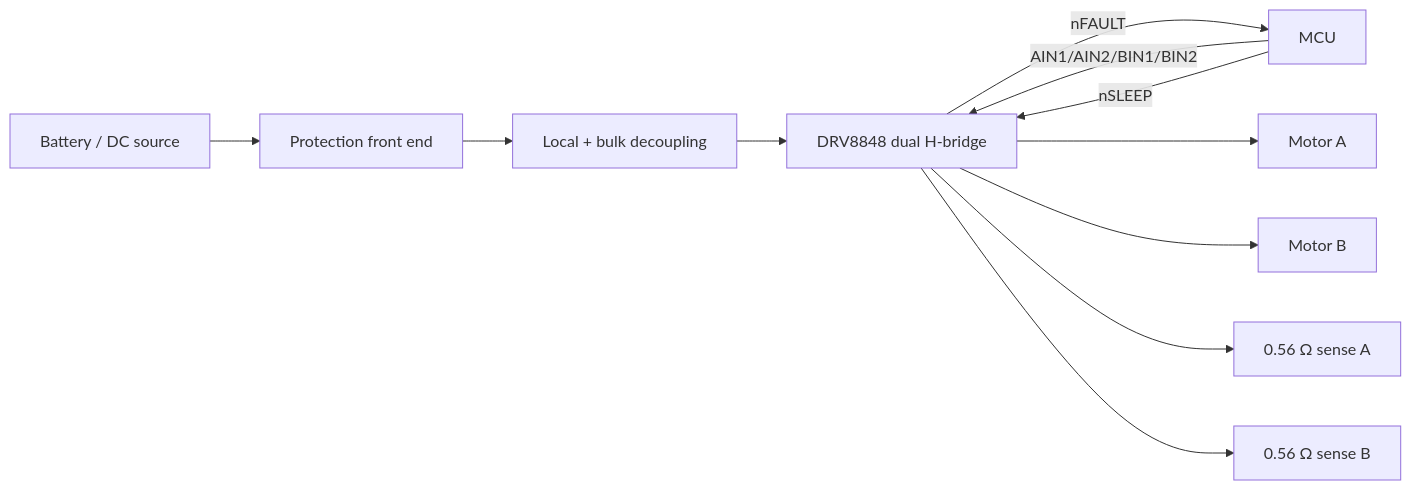
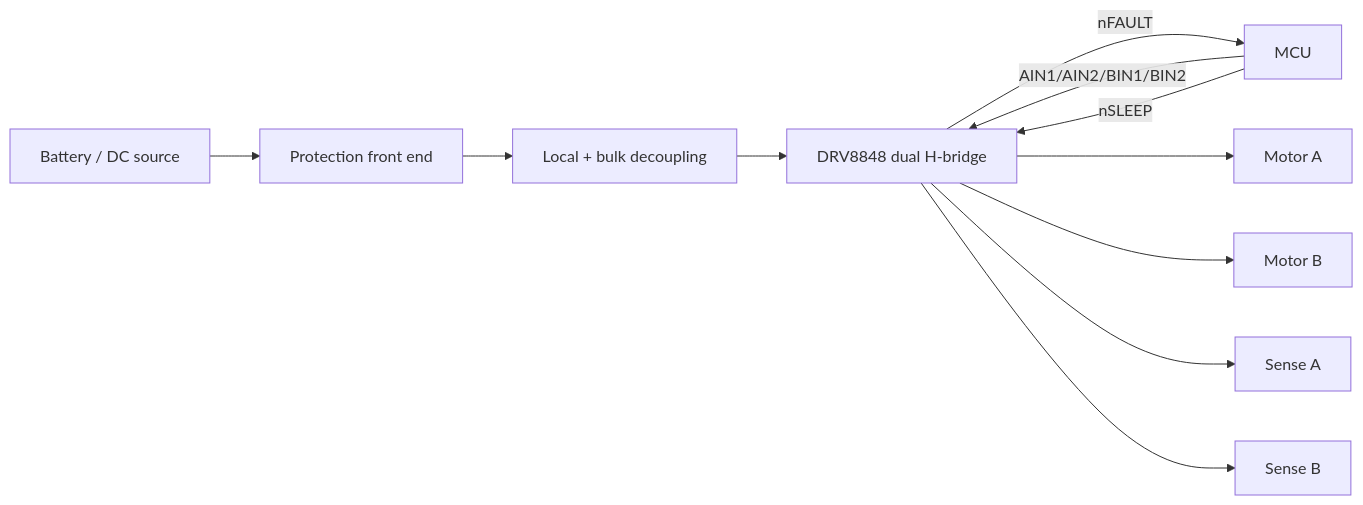
Before and after one commit to VivekVRobo/custom-pcb-motor-driver: the diagram in README.md, drawn with Mermaid. The commit also changed other lines of this file, not shown here.

````diff
--- a/README.md
+++ b/README.md
@@ -61,13 +62,13 @@
 ```mermaid
 flowchart LR
     SRC[Battery / DC source] --> P[Protection front end]
     P --> C[Local + bulk decoupling]
     C --> D[DRV8848 dual H-bridge]
     MCU[MCU] -->|AIN1/AIN2/BIN1/BIN2| D
     MCU -->|nSLEEP| D
     D -->|nFAULT| MCU
     D --> A[Motor A]
     D --> B[Motor B]
-    D --> SA[0.56 Ω sense A]
-    D --> SB[0.56 Ω sense B]
+    D --> SA[Sense A]
+    D --> SB[Sense B]
 ```
````
